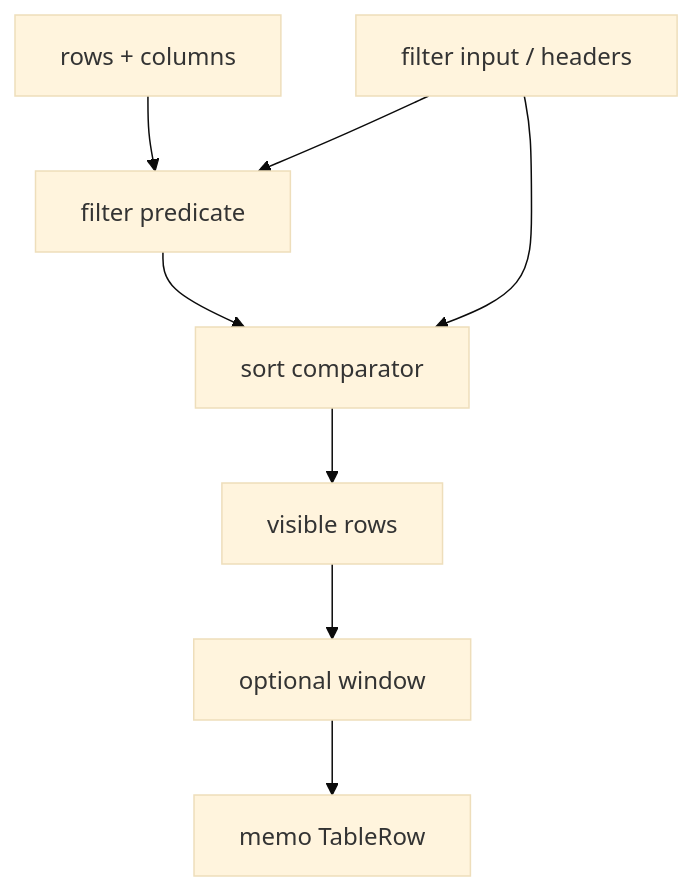
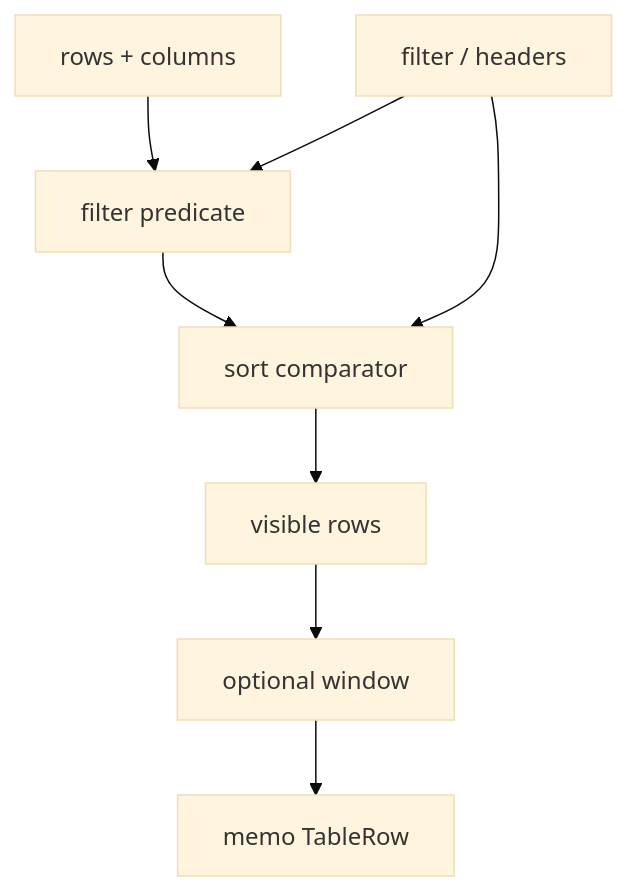
One commit to prajjwaljogdand/FullstackPreparation changed the first of 2 diagrams in docs/machine-coding/08-optimized-table.md. Above: the diagram before and after it, drawn with Mermaid (base theme). The commit also changed other lines of this file and 91 other files, not shown here.

````diff
--- a/docs/machine-coding/08-optimized-table.md
+++ b/docs/machine-coding/08-optimized-table.md
@@ -29,10 +29,10 @@
 ```mermaid
 flowchart TB
   Props[rows + columns] --> Filter[filter predicate]
   Filter --> Sort[sort comparator]
   Sort --> View[visible rows]
   View --> Virtual[optional window]
   Virtual --> Row[memo TableRow]
-  UI[filter input / headers] --> Filter
+  UI[filter / headers] --> Filter
   UI --> Sort
 ```
````
